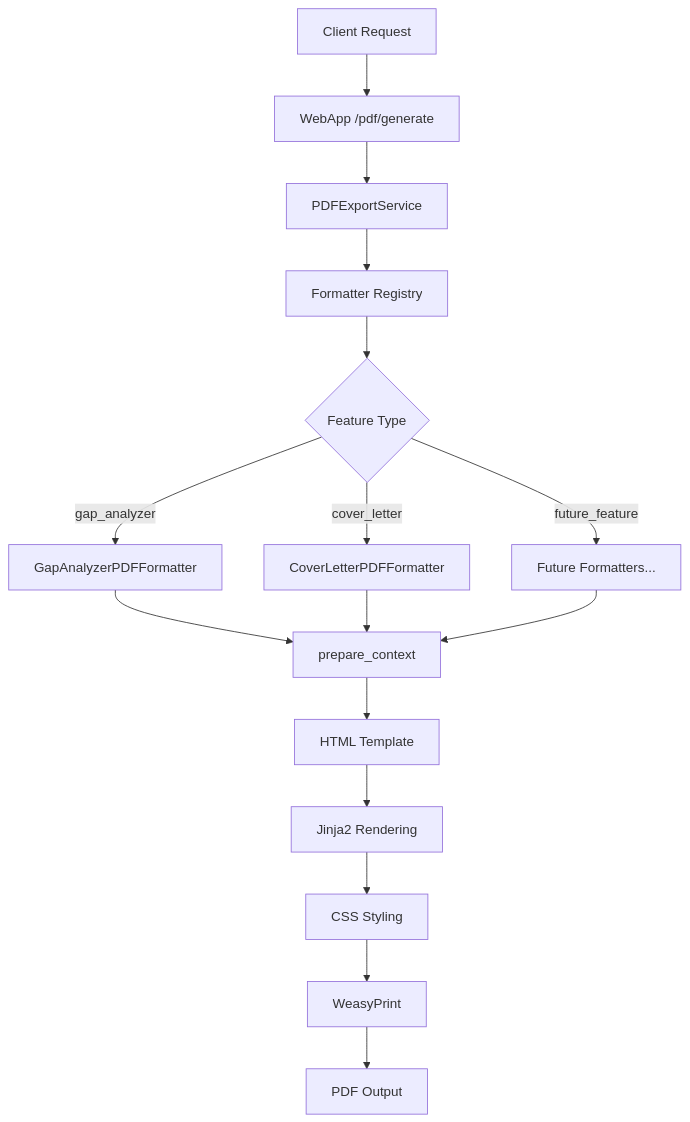
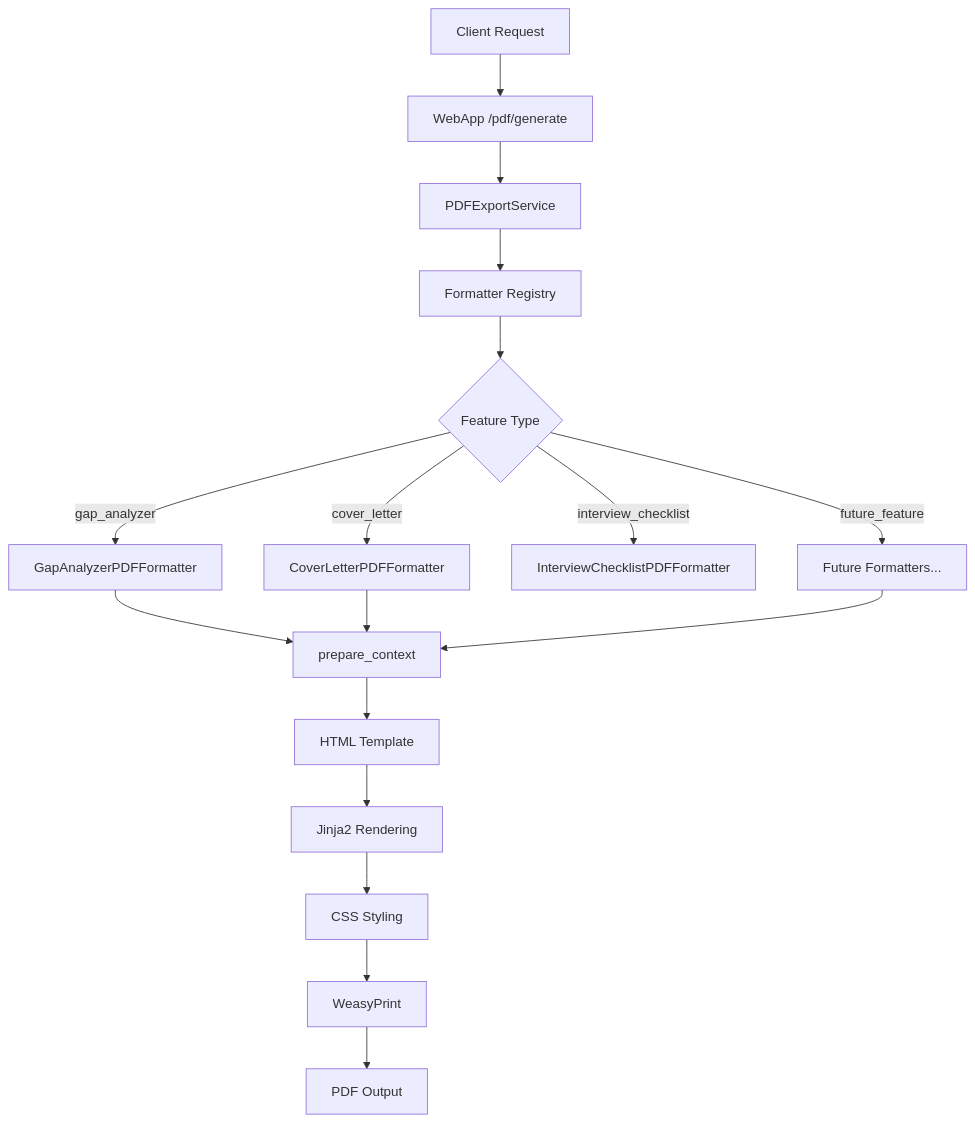
One commit to Maskedxxx/refactor_gpt_4_mini_hackaton_final changed the first of 2 diagrams in docs/architecture/components/pdf_export.md. Above: the diagram before and after it, drawn with Mermaid. The commit also changed other lines of this file, not shown here.

Commit message:
docs(pdf_export): описать InterviewChecklistPDFFormatter и секции отчёта\n\n- Диаграмма Mermaid: новый узел форматтера\n- Перечень секций, особенности (локализация, бейджи, группировка)\n- Мелкие правки разметки и завершающей строки

````diff
--- a/docs/architecture/components/pdf_export.md
+++ b/docs/architecture/components/pdf_export.md
@@ -16,21 +16,22 @@
 ```mermaid
 graph TD
     A[Client Request] --> B[WebApp /pdf/generate]
     B --> C[PDFExportService]
     C --> D[Formatter Registry]
     D --> E{Feature Type}
     
     E -->|gap_analyzer| F[GapAnalyzerPDFFormatter]
     E -->|cover_letter| G[CoverLetterPDFFormatter]
+    E -->|interview_checklist| IC[InterviewChecklistPDFFormatter]
     E -->|future_feature| H[Future Formatters...]
     
     F --> I[prepare_context]
     G --> I
     H --> I
     
     I --> J[HTML Template]
     J --> K[Jinja2 Rendering]
     K --> L[CSS Styling]
     L --> M[WeasyPrint]
     M --> N[PDF Output]
 ```
````
